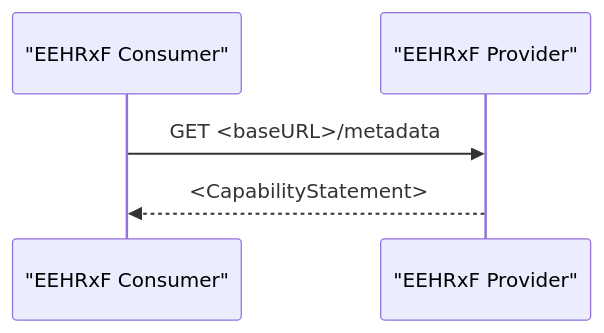
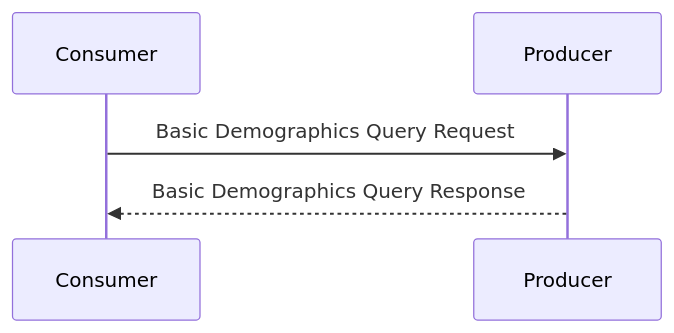
One commit to euridice-org/jwg-api changed the second of 2 diagrams in input/pagecontent/transaction-T2.md. Above: the diagram before and after it, drawn with Mermaid. The commit also changed other lines of this file and 37 other files, not shown here.

````diff
--- a/input/pagecontent/transaction-T2.md
+++ b/input/pagecontent/transaction-T2.md
@@ -19,10 +63,7 @@
 ```mermaid
 sequenceDiagram
-    participant Consumer as "EEHRxF Consumer"
-    participant Provider as "EEHRxF Provider"
-
-    Consumer ->> Provider : GET <baseURL>/metadata
-
-    Provider -->> Consumer : <CapabilityStatement>
-
+  participant Consumer
+  participant Producer
+  Consumer->>Producer: Basic Demographics Query Request
+  Producer-->>Consumer: Basic Demographics Query Response
 ```
````
